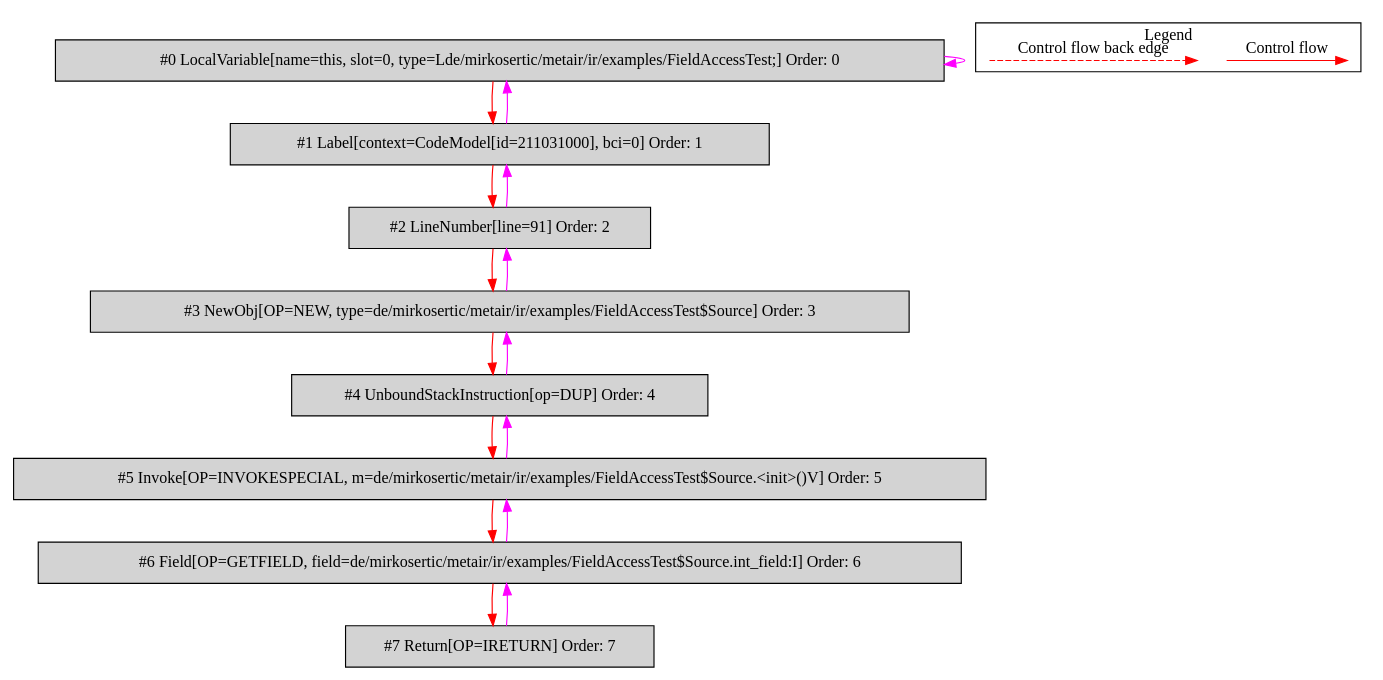
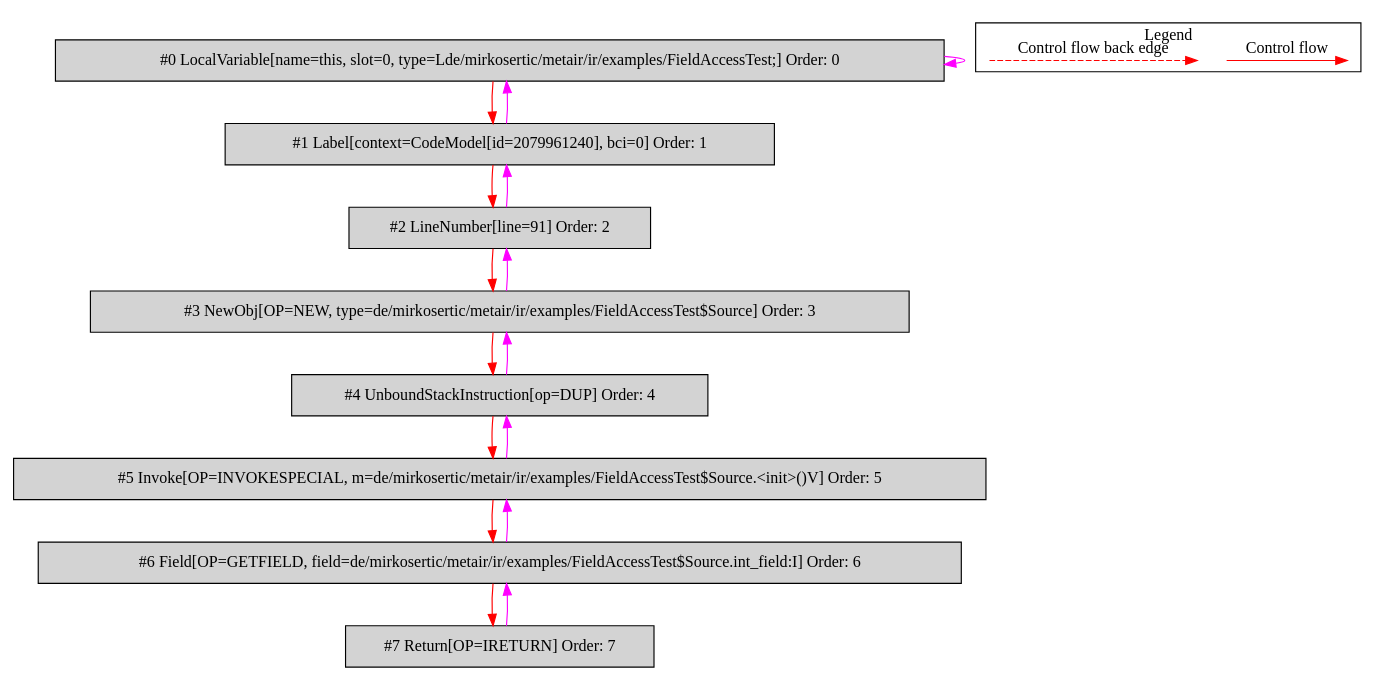
The diagram in de.mirkosertic.metair.ir.examples.FieldAccessTest/return_int/bytecodecfg.dot (mirkosertic/MetaIR), drawn with Graphviz before and after one commit. The commit also changed 610 other files, not shown here.

```diff
--- a/de.mirkosertic.metair.ir.examples.FieldAccessTest/return_int/bytecodecfg.dot
+++ b/de.mirkosertic.metair.ir.examples.FieldAccessTest/return_int/bytecodecfg.dot
@@ -1,40 +1,40 @@
 digraph {
  ordering="in";
  node0[label="#0 LocalVariable[name=this, slot=0, type=Lde/mirkosertic/metair/ir/examples/FieldAccessTest;] Order: 0", shape=box, fillcolor=lightgrey, style=filled];
- node1[label="#1 Label[context=CodeModel[id=211031000], bci=0] Order: 1", shape=box, fillcolor=lightgrey, style=filled];
+ node1[label="#1 Label[context=CodeModel[id=2079961240], bci=0] Order: 1", shape=box, fillcolor=lightgrey, style=filled];
  node2[label="#2 LineNumber[line=91] Order: 2", shape=box, fillcolor=lightgrey, style=filled];
  node3[label="#3 NewObj[OP=NEW, type=de/mirkosertic/metair/ir/examples/FieldAccessTest$Source] Order: 3", shape=box, fillcolor=lightgrey, style=filled];
  node4[label="#4 UnboundStackInstruction[op=DUP] Order: 4", shape=box, fillcolor=lightgrey, style=filled];
  node5[label="#5 Invoke[OP=INVOKESPECIAL, m=de/mirkosertic/metair/ir/examples/FieldAccessTest$Source.<init>()V] Order: 5", shape=box, fillcolor=lightgrey, style=filled];
  node6[label="#6 Field[OP=GETFIELD, field=de/mirkosertic/metair/ir/examples/FieldAccessTest$Source.int_field:I] Order: 6", shape=box, fillcolor=lightgrey, style=filled];
  node7[label="#7 Return[OP=IRETURN] Order: 7", shape=box, fillcolor=lightgrey, style=filled];
  node0 -> node0[color=fuchsia];
  node0 -> node1[color=red];
  node1 -> node0[color=fuchsia];
  node1 -> node2[color=red];
  node2 -> node1[color=fuchsia];
  node2 -> node3[color=red];
  node3 -> node2[color=fuchsia];
  node3 -> node4[color=red];
  node4 -> node3[color=fuchsia];
  node4 -> node5[color=red];
  node5 -> node4[color=fuchsia];
  node5 -> node6[color=red];
  node6 -> node5[color=fuchsia];
  node6 -> node7[color=red];
  node7 -> node6[color=fuchsia];
  subgraph cluster_000 {
   label = "Legend";
   node [shape=point]
   {
    rank=same;
    c0 [style = invis];
    c1 [style = invis];
    c2 [style = invis];
    c3 [style = invis];
   }
   c0 -> c1 [label="Control flow", style=solid, color=red]
   c2 -> c3 [label="Control flow back edge", style=dashed, color=red]
  }
 
 }
```
